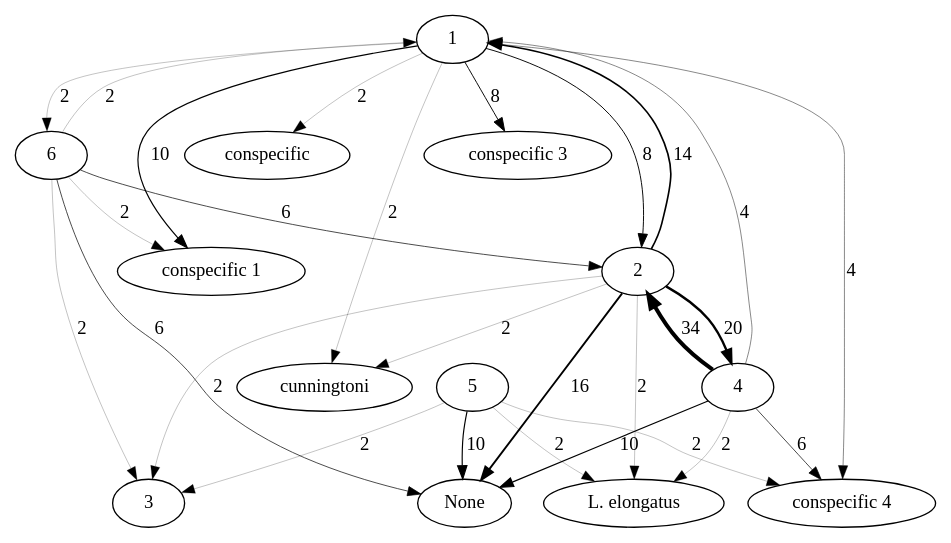
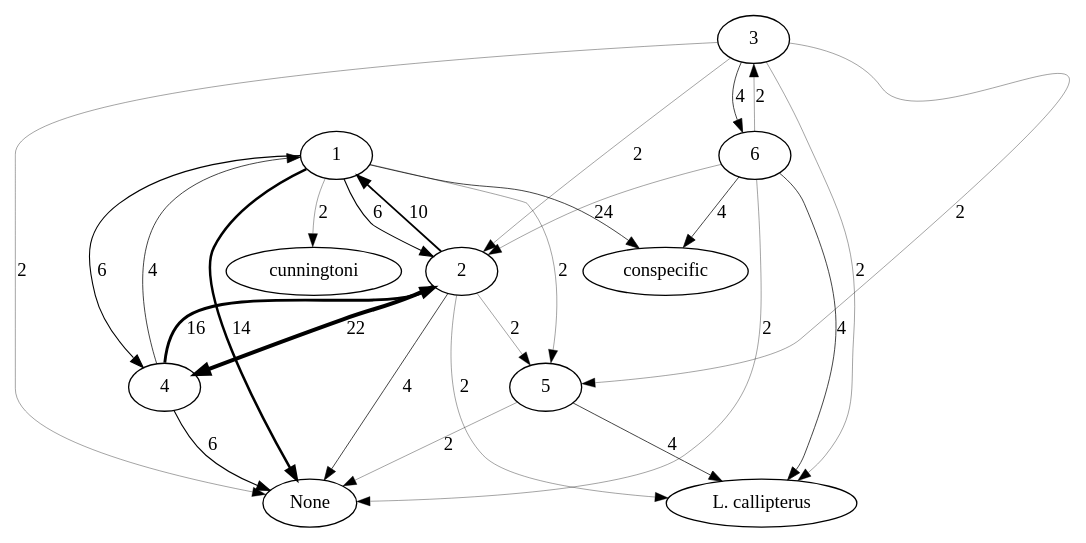
Before and after one commit to nicolkraus/AnalyzeBehavior: the diagram in images/interactions.gv, drawn with Graphviz. The commit also changed 8 other files, not shown here.

```diff
--- a/images/interactions.gv
+++ b/images/interactions.gv
@@ -1,42 +1,38 @@
 strict digraph  {
 1;
 2;
+4;
+5;
+None;
+conspecific;
+cunningtoni;
+"L. callipterus";
+3;
 6;
-conspecific;
-"conspecific 1";
-"conspecific 3";
-"conspecific 4";
-cunningtoni;
-3;
-4;
-"L. elongatus";
-None;
-5;
-1 -> 2  [label=8, penwidth="0.7058823529411765"];
-1 -> 6  [label=2, penwidth="0.17647058823529413"];
-1 -> conspecific  [label=2, penwidth="0.17647058823529413"];
-1 -> "conspecific 1"  [label=10, penwidth="0.8823529411764706"];
-1 -> "conspecific 3"  [label=8, penwidth="0.7058823529411765"];
-1 -> "conspecific 4"  [label=4, penwidth="0.35294117647058826"];
-1 -> cunningtoni  [label=2, penwidth="0.17647058823529413"];
-2 -> 1  [label=14, penwidth="1.2352941176470589"];
-2 -> 3  [label=2, penwidth="0.17647058823529413"];
-2 -> 4  [label=20, penwidth="1.7647058823529411"];
-2 -> "L. elongatus"  [label=2, penwidth="0.17647058823529413"];
-2 -> None  [label=16, penwidth="1.411764705882353"];
-2 -> cunningtoni  [label=2, penwidth="0.17647058823529413"];
-6 -> 1  [label=2, penwidth="0.17647058823529413"];
-6 -> 2  [label=6, penwidth="0.5294117647058824"];
-6 -> 3  [label=2, penwidth="0.17647058823529413"];
-6 -> None  [label=6, penwidth="0.5294117647058824"];
-6 -> "conspecific 1"  [label=2, penwidth="0.17647058823529413"];
-4 -> 1  [label=4, penwidth="0.35294117647058826"];
-4 -> 2  [label=34, penwidth="3.0"];
-4 -> "L. elongatus"  [label=2, penwidth="0.17647058823529413"];
-4 -> None  [label=10, penwidth="0.8823529411764706"];
-4 -> "conspecific 4"  [label=6, penwidth="0.5294117647058824"];
-5 -> 3  [label=2, penwidth="0.17647058823529413"];
-5 -> "L. elongatus"  [label=2, penwidth="0.17647058823529413"];
-5 -> None  [label=10, penwidth="0.8823529411764706"];
-5 -> "conspecific 4"  [label=2, penwidth="0.17647058823529413"];
+1 -> 2  [label=6, penwidth="0.8181818181818182"];
+1 -> 4  [label=6, penwidth="0.8181818181818182"];
+1 -> 5  [label=2, penwidth="0.2727272727272727"];
+1 -> None  [label=14, penwidth="1.9090909090909092"];
+1 -> conspecific  [label=4, penwidth="0.5454545454545454"];
+1 -> cunningtoni  [label=2, penwidth="0.2727272727272727"];
+2 -> 1  [label=10, penwidth="1.3636363636363635"];
+2 -> 4  [label=22, penwidth="3.0"];
+2 -> 5  [label=2, penwidth="0.2727272727272727"];
+2 -> "L. callipterus"  [label=2, penwidth="0.2727272727272727"];
+2 -> None  [label=4, penwidth="0.5454545454545454"];
+4 -> 1  [label=4, penwidth="0.5454545454545454"];
+4 -> 2  [label=16, penwidth="2.1818181818181817"];
+4 -> None  [label=6, penwidth="0.8181818181818182"];
+5 -> "L. callipterus"  [label=4, penwidth="0.5454545454545454"];
+5 -> None  [label=2, penwidth="0.2727272727272727"];
+3 -> 2  [label=2, penwidth="0.2727272727272727"];
+3 -> 5  [label=2, penwidth="0.2727272727272727"];
+3 -> 6  [label=4, penwidth="0.5454545454545454"];
+3 -> "L. callipterus"  [label=2, penwidth="0.2727272727272727"];
+3 -> None  [label=2, penwidth="0.2727272727272727"];
+6 -> 2  [label=2, penwidth="0.2727272727272727"];
+6 -> 3  [label=2, penwidth="0.2727272727272727"];
+6 -> "L. callipterus"  [label=4, penwidth="0.5454545454545454"];
+6 -> None  [label=2, penwidth="0.2727272727272727"];
+6 -> conspecific  [label=4, penwidth="0.5454545454545454"];
 }
```
